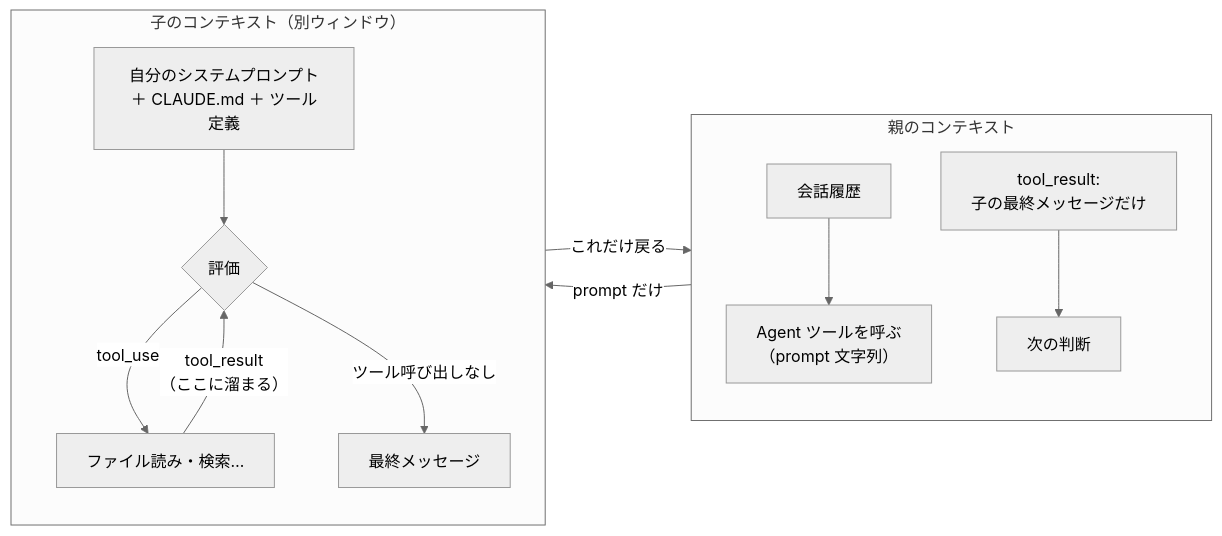
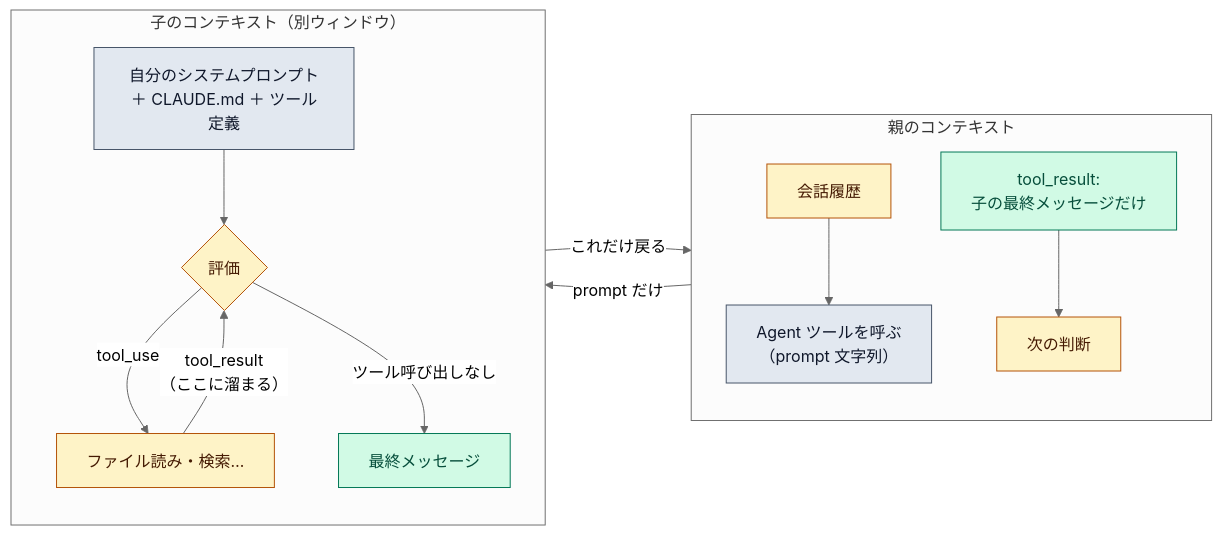
Before and after one commit to toshiki0102/claude-study: the diagram in docs/internals/subagents.md, drawn with Mermaid (neutral theme). The commit also changed other lines of this file and 8 other files, not shown here.

First line of the commit message:
feat: ページに配色を付けて、図・要点・表を見分けやすくする (#31)

````diff
--- a/docs/internals/subagents.md
+++ b/docs/internals/subagents.md
@@ -36,17 +37,24 @@
 ```mermaid
 flowchart LR
   subgraph P["親のコンテキスト"]
     direction TB
     PH[会話履歴] --> A["Agent ツールを呼ぶ<br/>（prompt 文字列）"]
     R["tool_result:<br/>子の最終メッセージだけ"] --> PN[次の判断]
   end
   subgraph C["子のコンテキスト（別ウィンドウ）"]
     direction TB
     CS[自分のシステムプロンプト<br/>＋ CLAUDE.md ＋ ツール定義] --> CE{評価}
     CE -- tool_use --> CT[ファイル読み・検索…]
     CT -- "tool_result<br/>（ここに溜まる）" --> CE
     CE -- ツール呼び出しなし --> CF[最終メッセージ]
   end
   A -- "prompt だけ" --> CS
   CF -- "これだけ戻る" --> R
+  classDef fixed fill:#e2e8f0,stroke:#475569,color:#0f172a
+  classDef accum fill:#fef3c7,stroke:#b45309,color:#451a03
+  classDef result fill:#d1fae5,stroke:#047857,color:#064e3b
+  classDef edge fill:#ffe4e6,stroke:#be123c,color:#4c0519
+  class A,CS fixed
+  class PH,PN,CE,CT accum
+  class R,CF result
 ```
````
